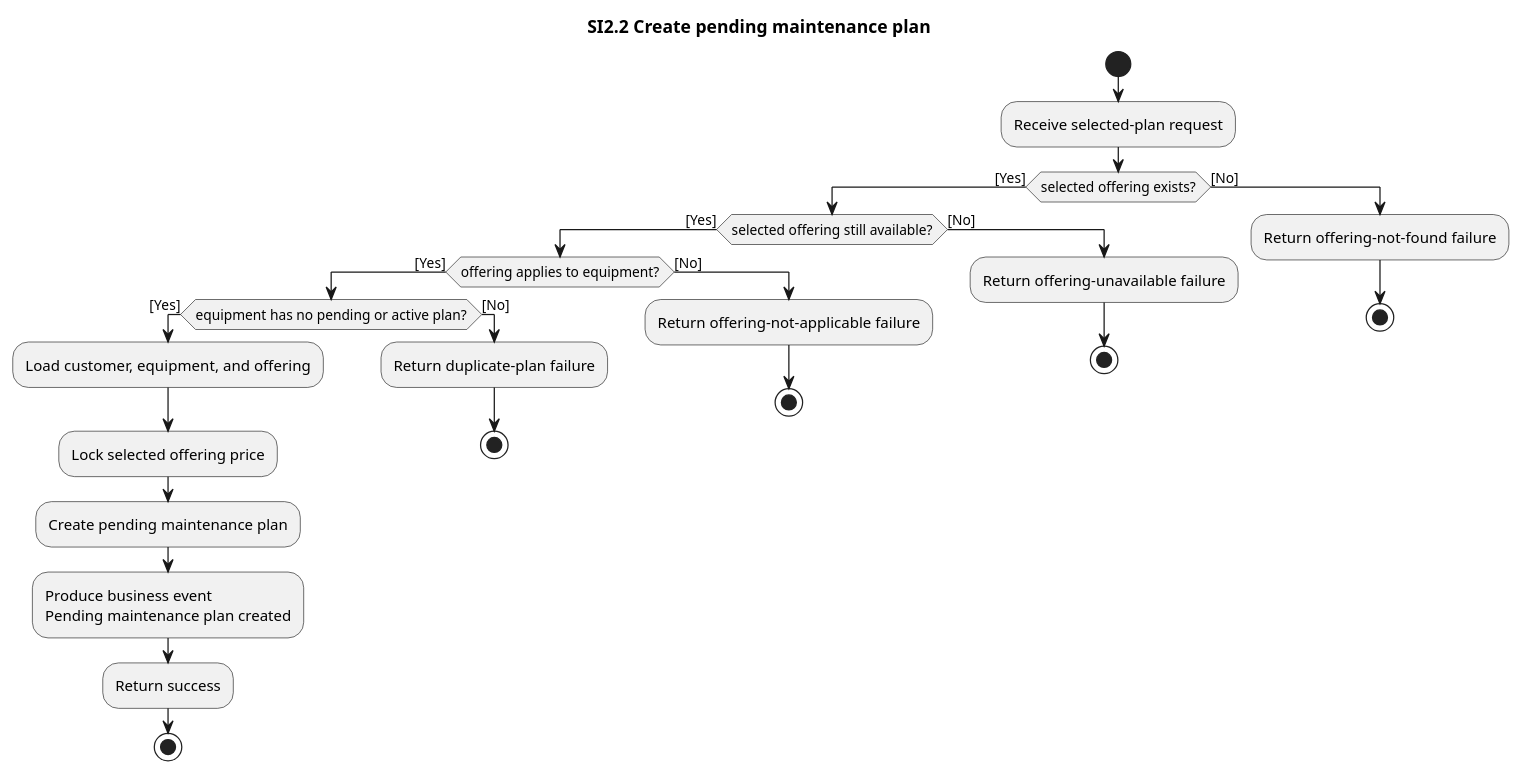
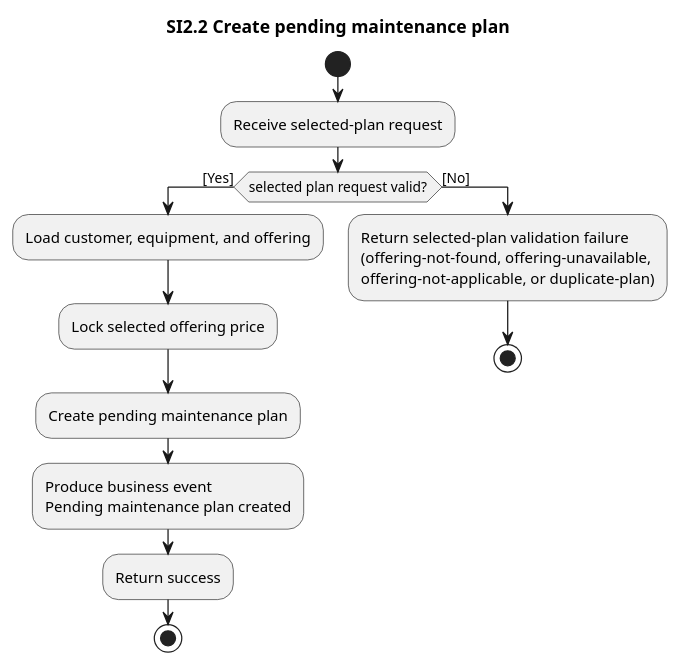
Before and after one commit to ottolote/fixme: the diagram in docs/project/P2/business/system-interactions/diagrams/si2.2-create-pending-maintenance-plan.pu, drawn with PlantUML. The commit also changed 25 other files, not shown here.

```diff
--- a/docs/project/P2/business/system-interactions/diagrams/si2.2-create-pending-maintenance-plan.pu
+++ b/docs/project/P2/business/system-interactions/diagrams/si2.2-create-pending-maintenance-plan.pu
@@ -1,35 +1,22 @@
 @startuml si2.2-create-pending-maintenance-plan
 title SI2.2 Create pending maintenance plan
 
 start
 :Receive selected-plan request;
 
-if (selected offering exists?) then ([Yes])
-  if (selected offering still available?) then ([Yes])
-    if (offering applies to equipment?) then ([Yes])
-      if (equipment has no pending or active plan?) then ([Yes])
-        :Load customer, equipment, and offering;
-        :Lock selected offering price;
-        :Create pending maintenance plan;
-        :Produce business event
+if (selected plan request valid?) then ([Yes])
+  :Load customer, equipment, and offering;
+  :Lock selected offering price;
+  :Create pending maintenance plan;
+  :Produce business event
 Pending maintenance plan created; <<sendSignal>>
-        :Return success;
-        stop
-      else ([No])
-        :Return duplicate-plan failure;
-        stop
-      endif
-    else ([No])
-      :Return offering-not-applicable failure;
-      stop
-    endif
-  else ([No])
-    :Return offering-unavailable failure;
-    stop
-  endif
+  :Return success;
+  stop
 else ([No])
-  :Return offering-not-found failure;
+  :Return selected-plan validation failure
+(offering-not-found, offering-unavailable,
+offering-not-applicable, or duplicate-plan);
   stop
 endif
 
 @enduml
```
